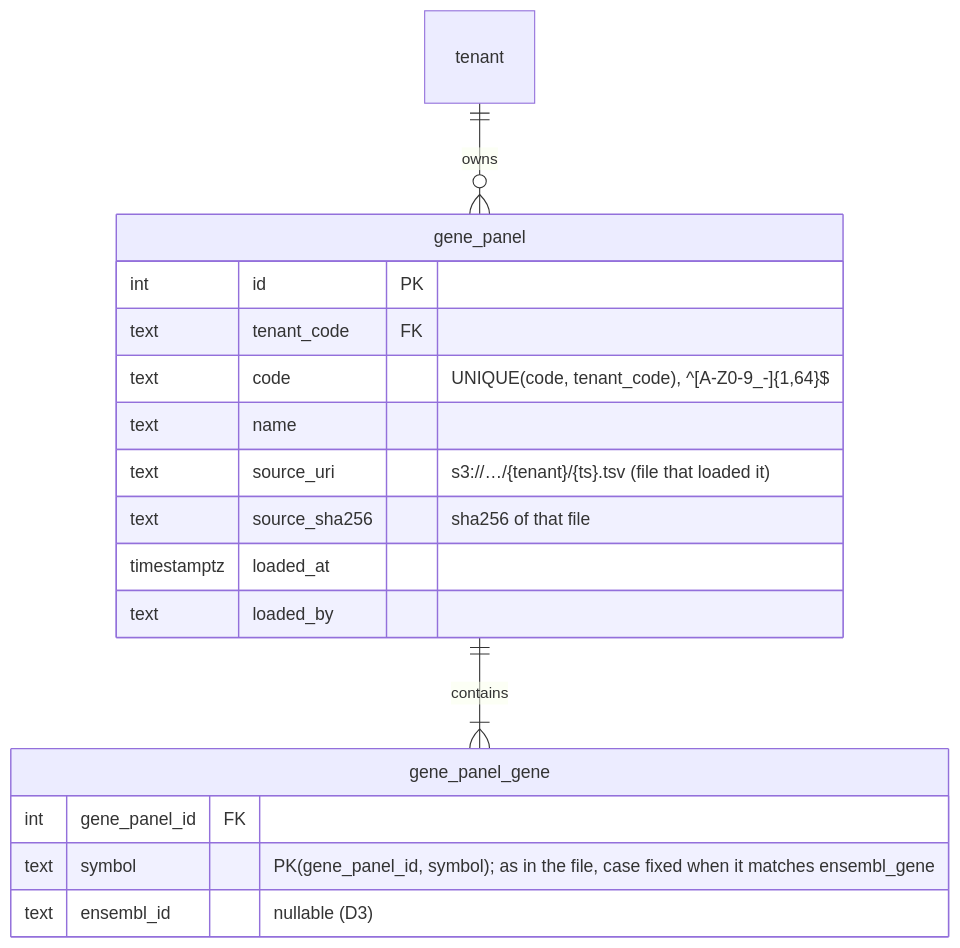
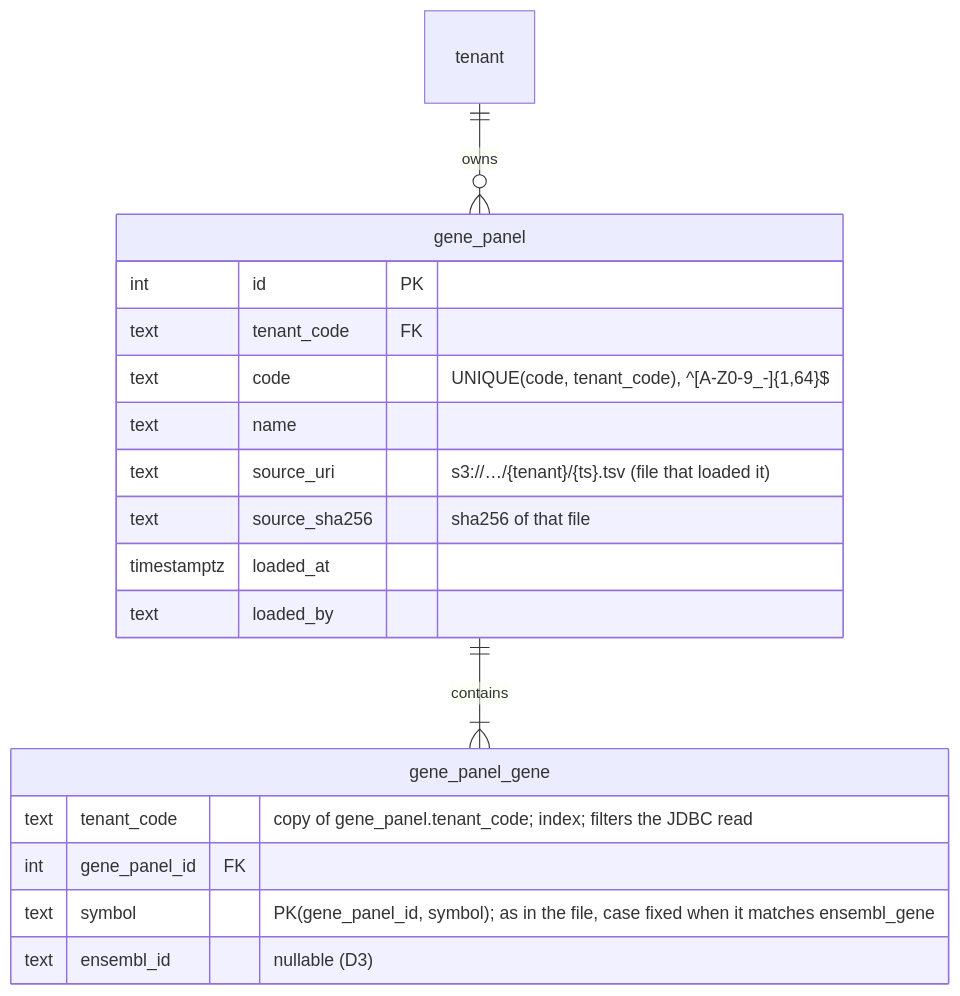
Before and after one commit to radiant-network/radiant-hub: the fourth of 8 diagrams in docs/features/RAD-10-filtered-variants-by-gene-panels.md, drawn with Mermaid. The commit also changed other lines of this file, not shown here.

````diff
--- a/docs/features/RAD-10-filtered-variants-by-gene-panels.md
+++ b/docs/features/RAD-10-filtered-variants-by-gene-panels.md
@@ -153,20 +165,21 @@
 ```mermaid
 erDiagram
   tenant ||--o{ gene_panel : owns
   gene_panel ||--|{ gene_panel_gene : contains
   gene_panel {
     int id PK
     text tenant_code FK
     text code "UNIQUE(code, tenant_code), ^[A-Z0-9_-]{1,64}$"
     text name
     text source_uri "s3://…/{tenant}/{ts}.tsv (file that loaded it)"
     text source_sha256 "sha256 of that file"
     timestamptz loaded_at
     text loaded_by
   }
   gene_panel_gene {
+    text tenant_code "copy of gene_panel.tenant_code; index; filters the JDBC read"
     int gene_panel_id FK
     text symbol "PK(gene_panel_id, symbol); as in the file, case fixed when it matches ensembl_gene"
     text ensembl_id "nullable (D3)"
   }
 ```
````
